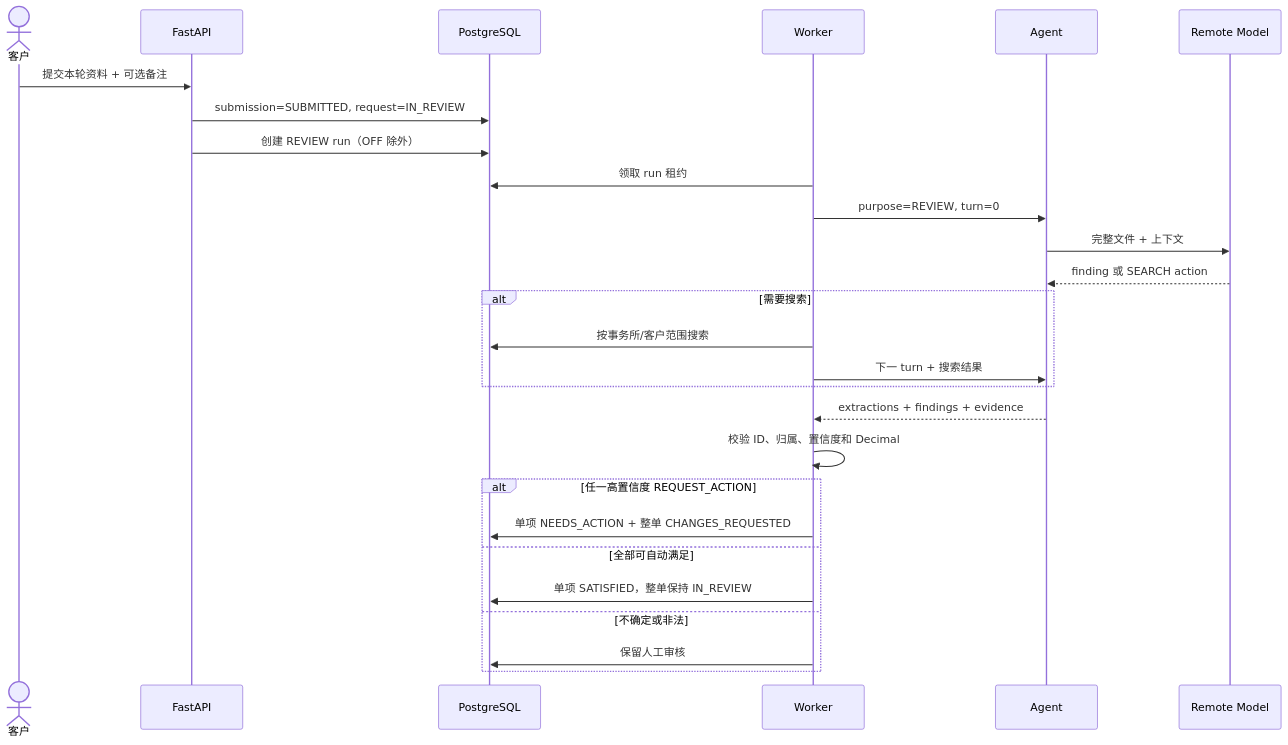
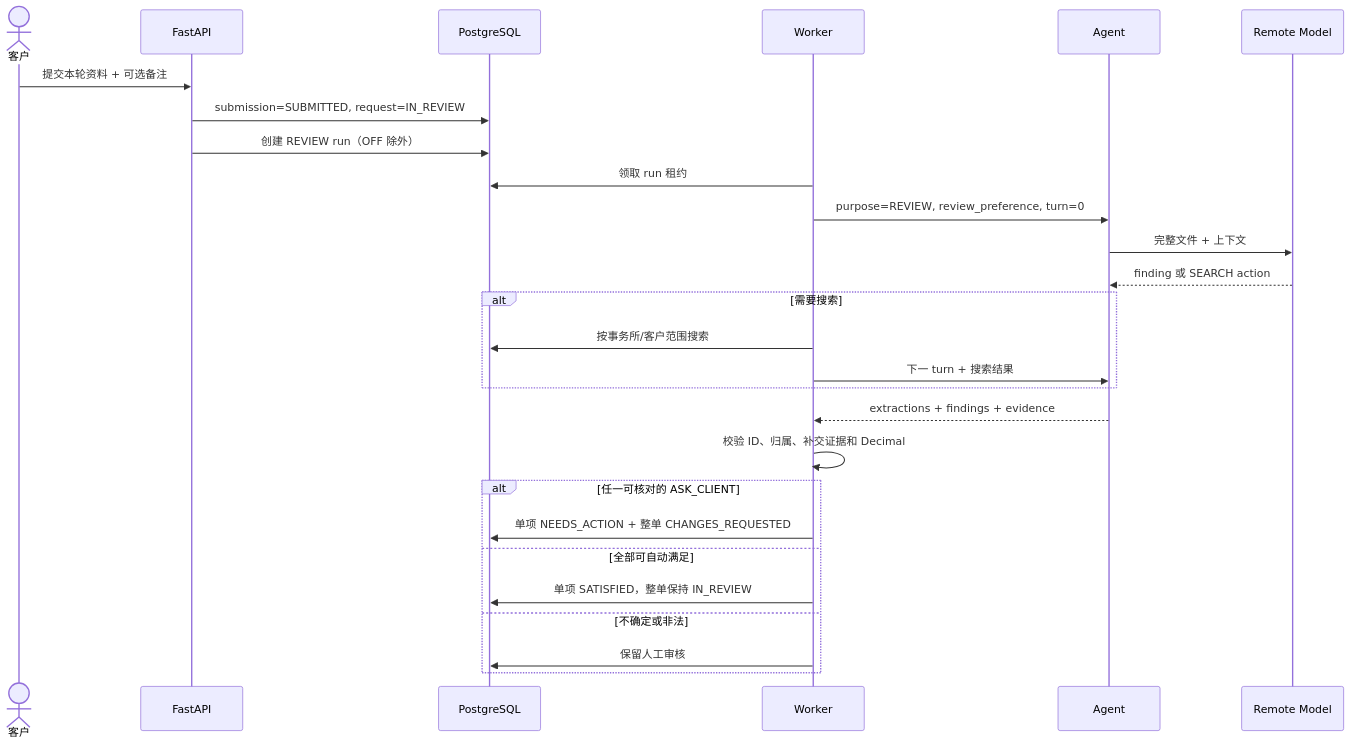
The fourth of 7 diagrams in README_系统设计说明书.md (multi-mind-nus/acc-system-docs), drawn with Mermaid before and after one commit. The commit also changed other lines of this file and 5 other files, not shown here.

Commit message:
docs: document OCR review integration and preference policy

````diff
--- a/README_系统设计说明书.md
+++ b/README_系统设计说明书.md
@@ -339,30 +339,30 @@
 ```mermaid
 sequenceDiagram
     actor Client as 客户
     participant API as FastAPI
     participant DB as PostgreSQL
     participant Worker as Worker
     participant Agent as Agent
     participant Model as Remote Model
 
     Client->>API: 提交本轮资料 + 可选备注
     API->>DB: submission=SUBMITTED, request=IN_REVIEW
     API->>DB: 创建 REVIEW run（OFF 除外）
     Worker->>DB: 领取 run 租约
-    Worker->>Agent: purpose=REVIEW, turn=0
+    Worker->>Agent: purpose=REVIEW, review_preference, turn=0
     Agent->>Model: 完整文件 + 上下文
     Model-->>Agent: finding 或 SEARCH action
     alt 需要搜索
         Worker->>DB: 按事务所/客户范围搜索
         Worker->>Agent: 下一 turn + 搜索结果
     end
     Agent-->>Worker: extractions + findings + evidence
-    Worker->>Worker: 校验 ID、归属、置信度和 Decimal
-    alt 任一高置信度 REQUEST_ACTION
+    Worker->>Worker: 校验 ID、归属、补交证据和 Decimal
+    alt 任一可核对的 ASK_CLIENT
         Worker->>DB: 单项 NEEDS_ACTION + 整单 CHANGES_REQUESTED
     else 全部可自动满足
         Worker->>DB: 单项 SATISFIED，整单保持 IN_REVIEW
     else 不确定或非法
         Worker->>DB: 保留人工审核
     end
 ```
````
